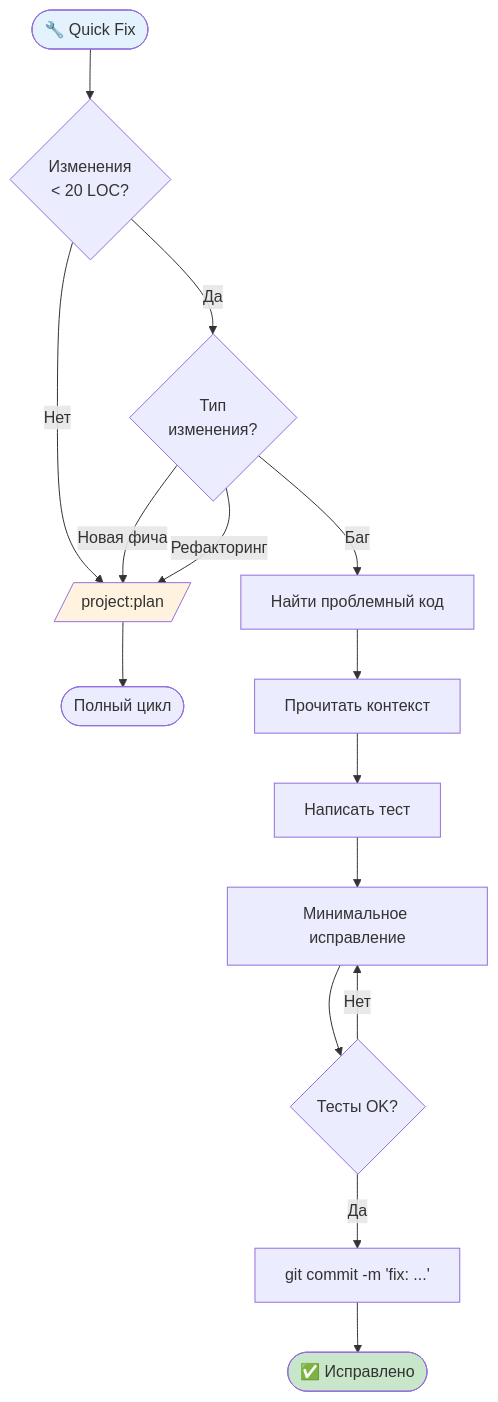
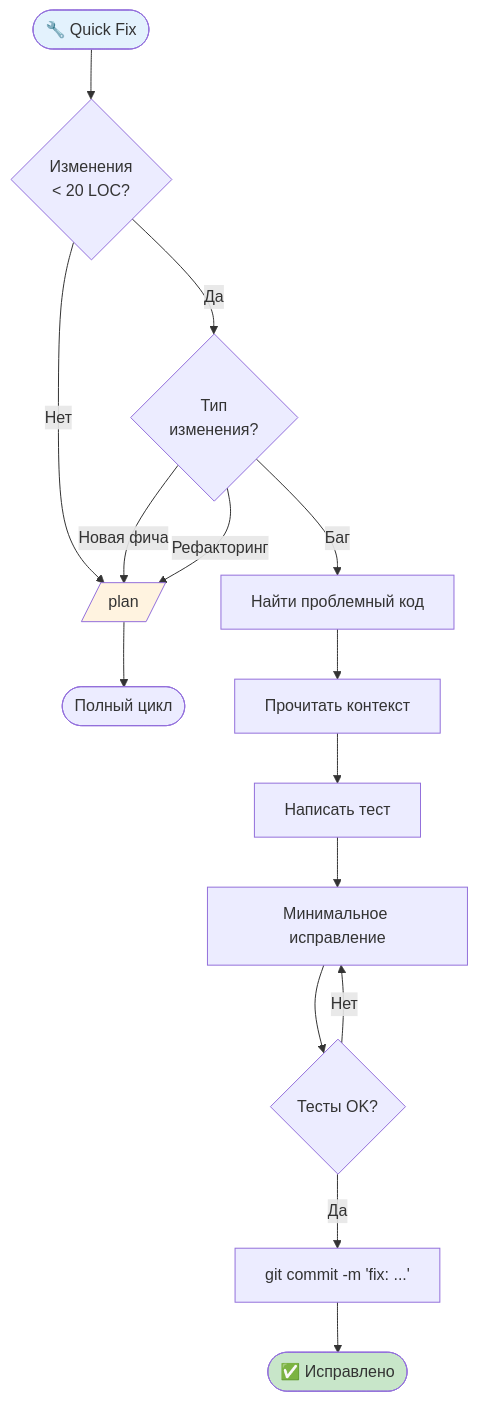
One commit to nikitaCodeSave/Claude-Code-Kit changed the sixth of 12 diagrams in SCENARIOS.md. Above: the diagram before and after it, drawn with Mermaid. The commit also changed other lines of this file and 17 other files, not shown here.

````diff
--- a/SCENARIOS.md
+++ b/SCENARIOS.md
@@ -289,26 +289,26 @@
 ```mermaid
 flowchart TD
     START([🔧 Quick Fix]) --> ASSESS{Изменения<br/>< 20 LOC?}
     
-    ASSESS -->|Нет| ESCALATE[/project:plan/]
+    ASSESS -->|Нет| ESCALATE[/plan/]
     ESCALATE --> END_PLAN([Полный цикл])
     
     ASSESS -->|Да| TYPE{Тип<br/>изменения?}
     
     TYPE -->|Новая фича| ESCALATE
     TYPE -->|Рефакторинг| ESCALATE
     TYPE -->|Баг| FIND[Найти проблемный код]
     
     FIND --> READ[Прочитать контекст]
     READ --> TEST_FIRST[Написать тест]
     TEST_FIRST --> FIX[Минимальное исправление]
     FIX --> VERIFY{Тесты OK?}
     
     VERIFY -->|Нет| FIX
     VERIFY -->|Да| COMMIT[git commit -m 'fix: ...']
     COMMIT --> DONE([✅ Исправлено])
     
     style START fill:#e3f2fd
     style DONE fill:#c8e6c9
     style ESCALATE fill:#fff3e0
 ```
````
